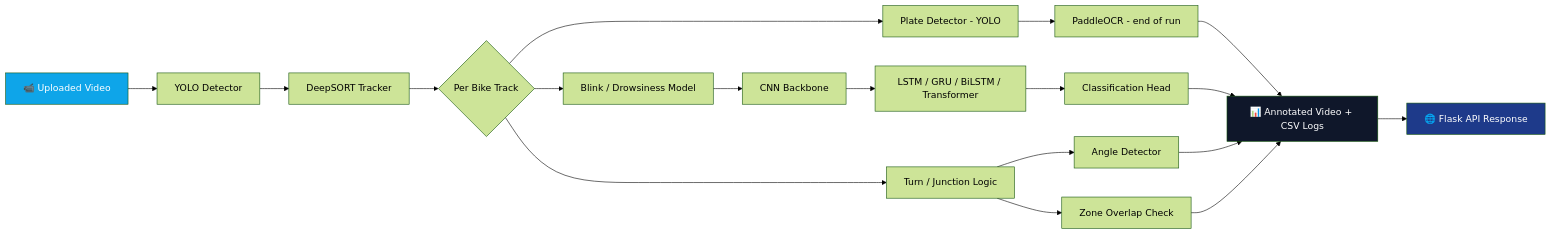
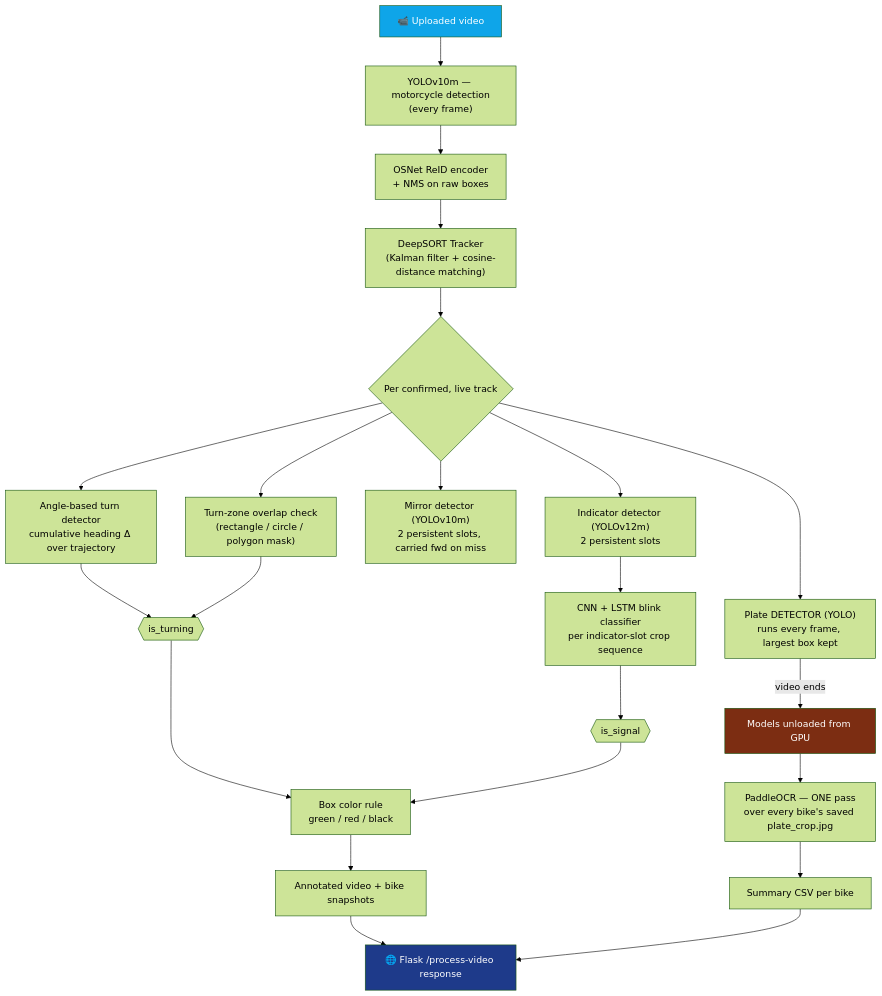
Before and after one commit to unbreenkausar/SafeRideVision: the diagram in README.md, drawn with Mermaid (forest theme). The commit also changed other lines of this file, not shown here.

````diff
--- a/README.md
+++ b/README.md
@@ -51,24 +53,33 @@
 ```mermaid
-flowchart LR
-    A[📹 Uploaded Video] --> B[YOLO Detector]
-    B --> C[DeepSORT Tracker]
-    C --> D{Per Bike Track}
-    D --> E[Plate Detector - YOLO]
-    E --> F[PaddleOCR - end of run]
-    D --> G[Blink / Drowsiness Model]
-    G --> G1[CNN Backbone]
-    G1 --> G2[LSTM / GRU / BiLSTM / Transformer]
-    G2 --> G3[Classification Head]
-    D --> H[Turn / Junction Logic]
-    H --> H1[Angle Detector]
-    H --> H2[Zone Overlap Check]
-    F --> I[📊 Annotated Video + CSV Logs]
-    G3 --> I
-    H1 --> I
-    H2 --> I
-    I --> J[🌐 Flask API Response]
+flowchart TD
+    A[📹 Uploaded video] --> B["YOLOv10m — motorcycle detection\n(every frame)"]
+    B --> C["OSNet ReID encoder\n+ NMS on raw boxes"]
+    C --> D["DeepSORT Tracker\n(Kalman filter + cosine-distance matching)"]
+    D --> E{Per confirmed, live track}
+
+    E --> F["Angle-based turn detector\ncumulative heading Δ over trajectory"]
+    E --> G["Turn-zone overlap check\n(rectangle / circle / polygon mask)"]
+    F --> H{{is_turning}}
+    G --> H
+
+    E --> I["Mirror detector (YOLOv10m)\n2 persistent slots, carried fwd on miss"]
+    E --> J["Indicator detector (YOLOv12m)\n2 persistent slots"]
+    J --> K["CNN + LSTM blink classifier\nper indicator-slot crop sequence"]
+    K --> L{{is_signal}}
+
+    H --> M["Box color rule\ngreen / red / black"]
+    L --> M
+
+    E --> N["Plate DETECTOR (YOLO)\nruns every frame, largest box kept"]
+    N -->|video ends| O["Models unloaded from GPU"]
+    O --> P["PaddleOCR — ONE pass\nover every bike's saved plate_crop.jpg"]
+
+    M --> Q["Annotated video + bike snapshots"]
+    P --> R["Summary CSV per bike"]
+    Q --> S[🌐 Flask /process-video response]
+    R --> S
 
     style A fill:#0ea5e9,color:#fff
-    style J fill:#1e3a8a,color:#fff
-    style I fill:#0f172a,color:#fff
+    style S fill:#1e3a8a,color:#fff
+    style O fill:#7c2d12,color:#fff
 ```
````
